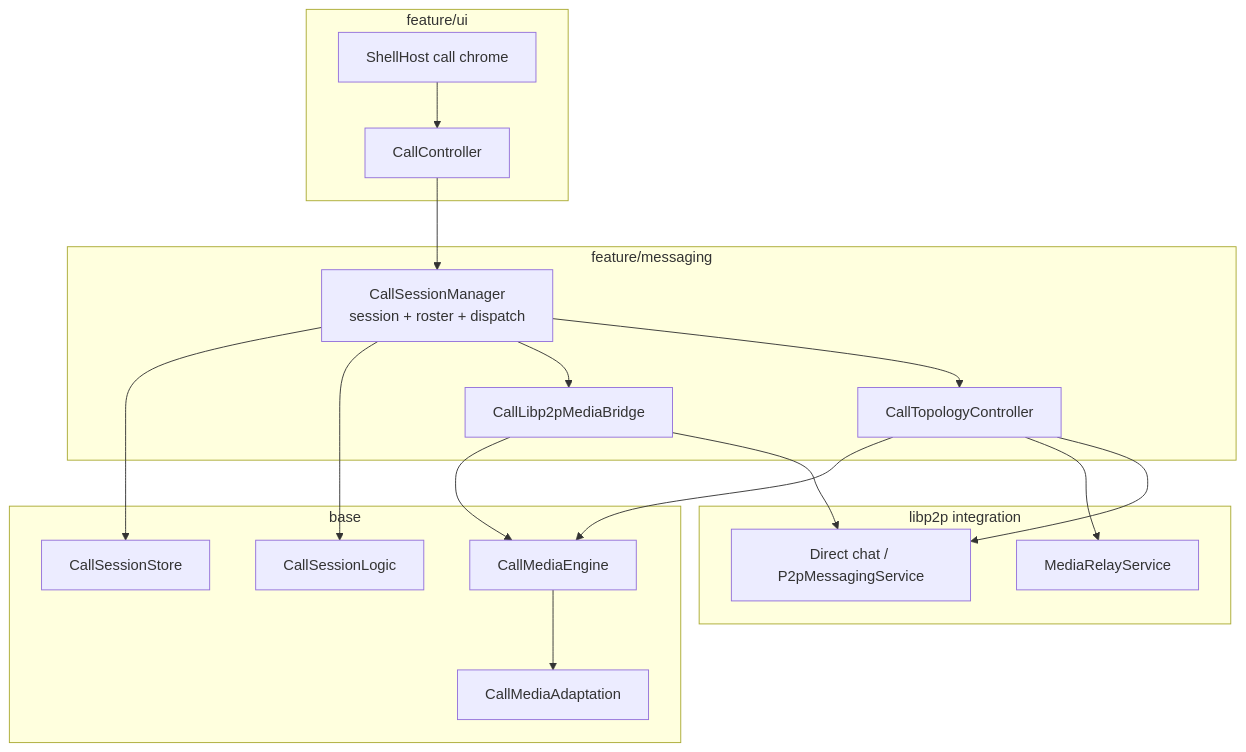
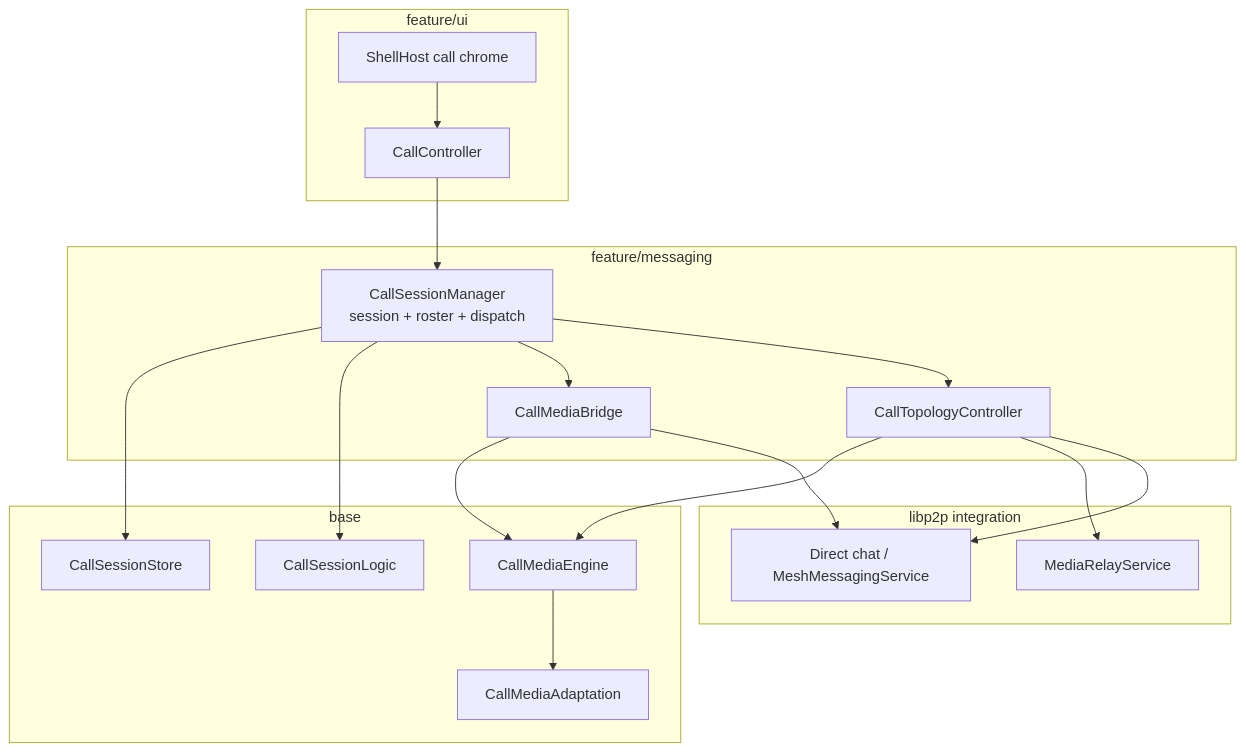
Before and after one commit to people-post/pp-browser: the third of 5 diagrams in docs/architecture/CALLS.md, drawn with Mermaid. The commit also changed other lines of this file and 290 other files, not shown here.

````diff
--- a/docs/architecture/CALLS.md
+++ b/docs/architecture/CALLS.md
@@ -143,34 +143,34 @@
 ```mermaid
 flowchart TB
   subgraph ui [feature/ui]
     CC[CallController]
     Shell[ShellHost call chrome]
   end
   subgraph feature [feature/messaging]
     CSM[CallSessionManager<br/>session + roster + dispatch]
-    L2P[CallLibp2pMediaBridge]
+    L2P[CallMediaBridge]
     Topo[CallTopologyController]
   end
   subgraph base [base]
     Store[CallSessionStore]
     Logic[CallSessionLogic]
     Eng[CallMediaEngine]
     Adapt[CallMediaAdaptation]
   end
   subgraph mesh [libp2p integration]
-    DM[Direct chat / P2pMessagingService]
+    DM[Direct chat / MeshMessagingService]
     MR[MediaRelayService]
   end
   CC --> CSM
   Shell --> CC
   CSM --> Store
   CSM --> Logic
   CSM --> L2P
   CSM --> Topo
   L2P --> Eng
   L2P --> DM
   Topo --> Eng
   Topo --> MR
   Topo --> DM
   Eng --> Adapt
 ```
````
